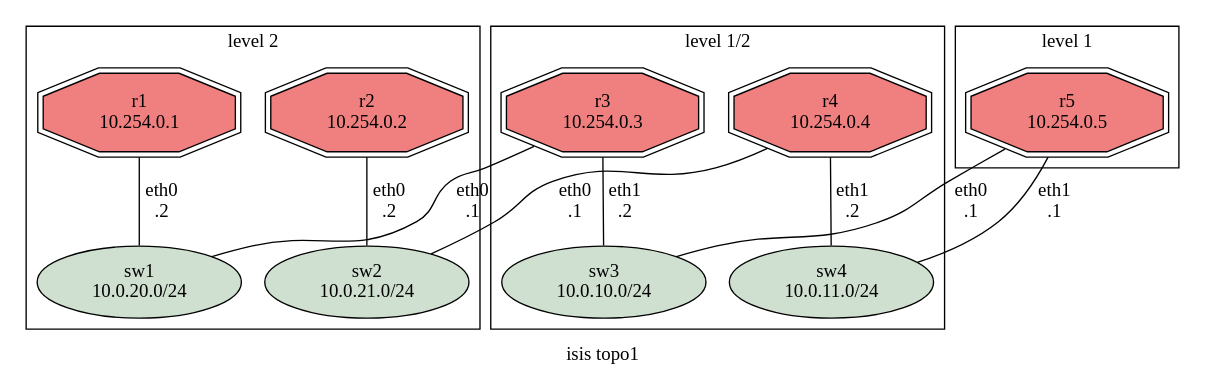
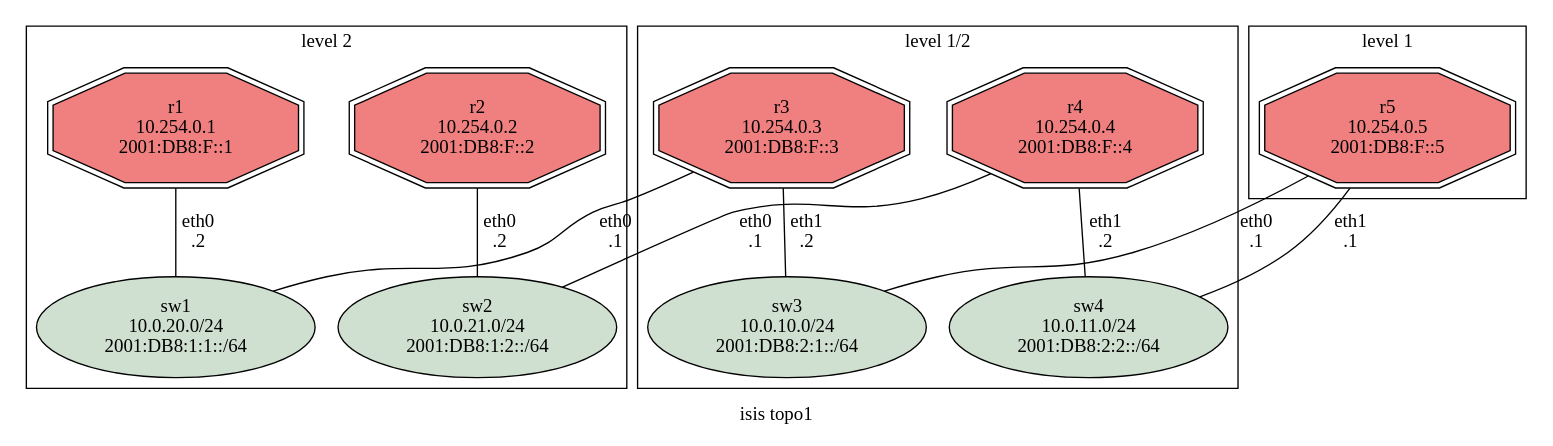
Before and after one commit to FRRouting/topotests: the diagram in isis-topo1/test_isis_topo1.dot, drawn with Graphviz. The commit also changed 17 other files, not shown here.

```diff
--- a/isis-topo1/test_isis_topo1.dot
+++ b/isis-topo1/test_isis_topo1.dot
@@ -1,100 +1,100 @@
 ## Color coding:
 #########################
 ##  Main FRR: #f08080  red
 ##  Switches: #d0e0d0  gray
 ##  RIP:      #19e3d9  Cyan
 ##  RIPng:    #fcb314  dark yellow
 ##  OSPFv2:   #32b835  Green
 ##  OSPFv3:   #19e3d9  Cyan
 ##  ISIS IPv4 #fcb314  dark yellow
 ##  ISIS IPv6 #9a81ec  purple
 ##  BGP IPv4  #eee3d3  beige
 ##  BGP IPv6  #fdff00  yellow
 ##### Colors (see http://www.color-hex.com/)
 
 graph template {
 	label="isis topo1";
 
 	# Routers
 	r1 [
 		shape=doubleoctagon,
-		label="r1\n10.254.0.1",
+		label="r1\n10.254.0.1\n2001:DB8:F::1",
 		fillcolor="#f08080",
 		style=filled,
 	];
 	r2 [
 		shape=doubleoctagon
-		label="r2\n10.254.0.2",
+		label="r2\n10.254.0.2\n2001:DB8:F::2",
 		fillcolor="#f08080",
 		style=filled,
 	];
 	r3 [
 		shape=doubleoctagon
-		label="r3\n10.254.0.3",
+		label="r3\n10.254.0.3\n2001:DB8:F::3",
 		fillcolor="#f08080",
 		style=filled,
 	];
 	r4 [
 		shape=doubleoctagon
-		label="r4\n10.254.0.4",
+		label="r4\n10.254.0.4\n2001:DB8:F::4",
 		fillcolor="#f08080",
 		style=filled,
 	];
 	r5 [
 		shape=doubleoctagon
-		label="r5\n10.254.0.5",
+		label="r5\n10.254.0.5\n2001:DB8:F::5",
 		fillcolor="#f08080",
 		style=filled,
 	];
 
 	# Switches
 	sw1 [
 		shape=oval,
-		label="sw1\n10.0.20.0/24",
+		label="sw1\n10.0.20.0/24\n2001:DB8:1:1::/64",
 		fillcolor="#d0e0d0",
 		style=filled,
 	];
 	sw2 [
 		shape=oval,
-		label="sw2\n10.0.21.0/24",
+		label="sw2\n10.0.21.0/24\n2001:DB8:1:2::/64",
 		fillcolor="#d0e0d0",
 		style=filled,
 	];
 	sw3 [
 		shape=oval,
-		label="sw3\n10.0.10.0/24",
+		label="sw3\n10.0.10.0/24\n2001:DB8:2:1::/64",
 		fillcolor="#d0e0d0",
 		style=filled,
 	];
 	sw4 [
 		shape=oval,
-		label="sw4\n10.0.11.0/24",
+		label="sw4\n10.0.11.0/24\n2001:DB8:2:2::/64",
 		fillcolor="#d0e0d0",
 		style=filled,
 	];
 
 	# Connections
 	subgraph cluster0 {
 		label="level 2";
 
 		r1 -- sw1 [label="eth0\n.2"];
 		r2 -- sw2 [label="eth0\n.2"];
 	}
 
 	subgraph cluster1 {
 		label="level 1/2";
 
 		r3 -- sw1 [label="eth0\n.1"];
 		r3 -- sw3 [label="eth1\n.2"];
 
 		r4 -- sw4 [label="eth1\n.2"];
 		r4 -- sw2 [label="eth0\n.1"];
 	}
 
 	subgraph cluster2 {
 		label="level 1";
 
 		r5 -- sw3 [label="eth0\n.1"];
 		r5 -- sw4 [label="eth1\n.1"];
 	}
 }
```
